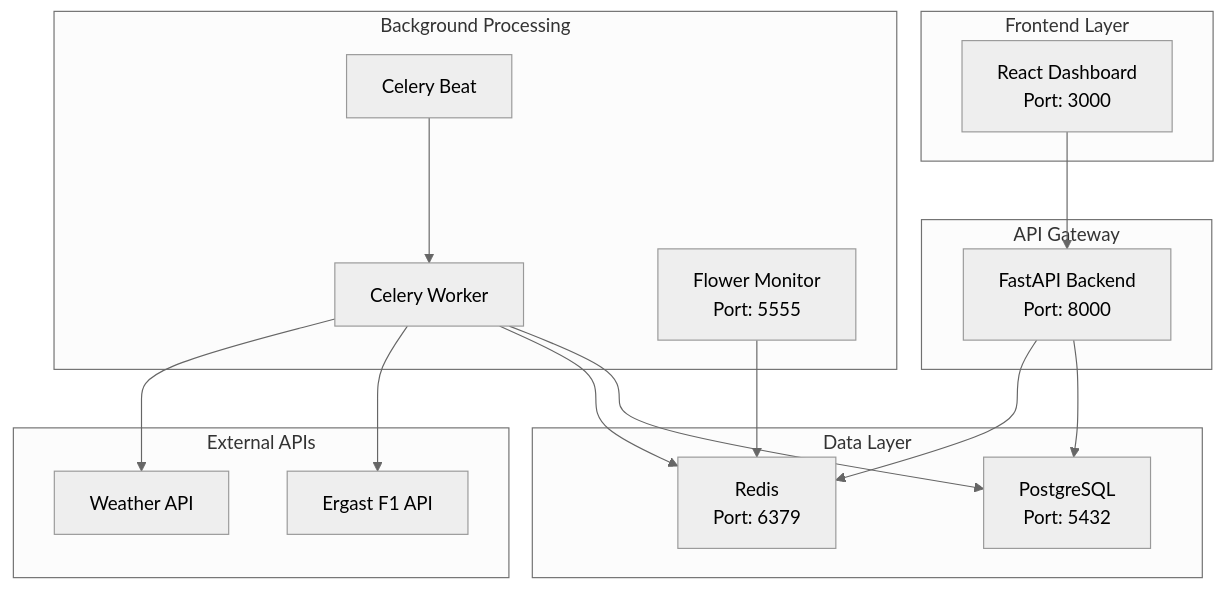
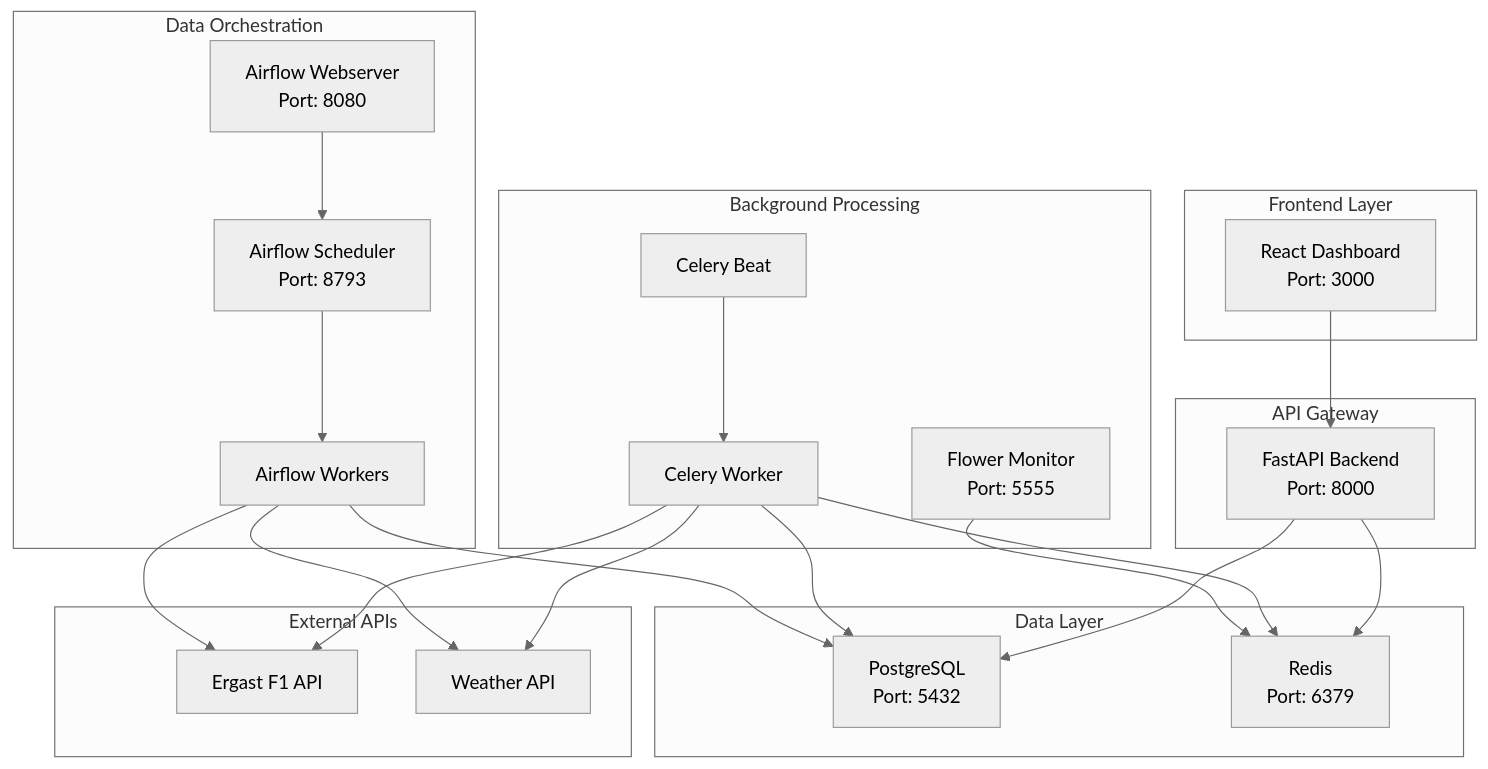
Before and after one commit to bobbydeveaux/simple-spaghetti-website: the diagram in f1-analytics/README.md, drawn with Mermaid (neutral theme). The commit also changed other lines of this file and 1 other file, not shown here.

First line of the commit message:
docs: Add comprehensive Airflow DAG documentation

````diff
--- a/f1-analytics/README.md
+++ b/f1-analytics/README.md
@@ -41,36 +42,47 @@
 ```mermaid
 graph TB
     subgraph "Frontend Layer"
         F[React Dashboard<br/>Port: 3000]
     end
 
     subgraph "API Gateway"
         B[FastAPI Backend<br/>Port: 8000]
     end
 
     subgraph "Background Processing"
         CW[Celery Worker]
         CB[Celery Beat]
         FL[Flower Monitor<br/>Port: 5555]
+    end
+
+    subgraph "Data Orchestration"
+        AF[Airflow Scheduler<br/>Port: 8793]
+        AW[Airflow Webserver<br/>Port: 8080]
+        AQ[Airflow Workers]
     end
 
     subgraph "Data Layer"
         P[PostgreSQL<br/>Port: 5432]
         R[Redis<br/>Port: 6379]
     end
 
     subgraph "External APIs"
         E1[Ergast F1 API]
         E2[Weather API]
     end
 
     F --> B
     B --> P
     B --> R
     CW --> P
     CW --> R
     CB --> CW
     CW --> E1
     CW --> E2
     FL --> R
+    AF --> AQ
+    AQ --> P
+    AQ --> E1
+    AQ --> E2
+    AW --> AF
 ```
````
